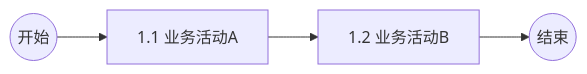
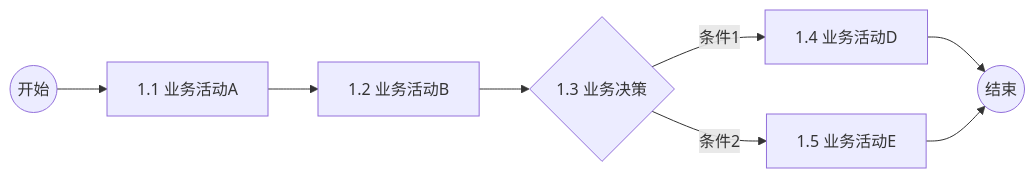
Before and after one commit to oleewen/ai-master: the second of 4 diagrams in .claude/rules/design/architecture-template.md, drawn with Mermaid. The commit also changed other lines of this file and 2 other files, not shown here.

````diff
--- a/.claude/rules/design/architecture-template.md
+++ b/.claude/rules/design/architecture-template.md
@@ -35,6 +31,10 @@
 ```mermaid
 flowchart LR
-    S((开始)) --> A0[1.1 业务活动A]
-    A0 --> A1[1.2 业务活动B]
-    A1 --> E((结束))
+    S((开始)) --> A[1.1 业务活动A]
+    A --> B[1.2 业务活动B]
+    B --> C{1.3 业务决策}
+    C -->|条件1| D[1.4 业务活动D]
+    C -->|条件2| E[1.5 业务活动E]
+    D --> F((结束))
+    E --> F
 ```
````
